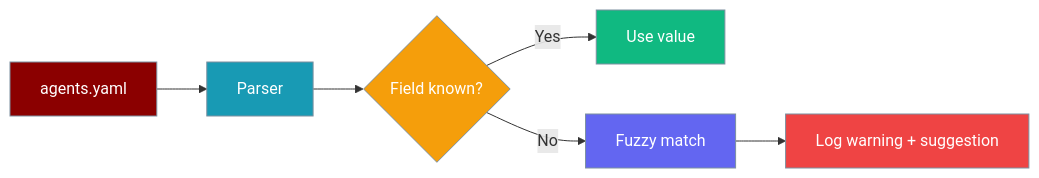
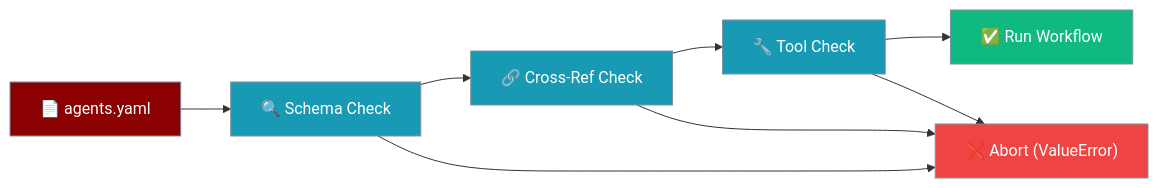
The second of 4 diagrams in docs/features/yaml-configuration-reference.mdx (MervinPraison/PraisonAIDocs), drawn with Mermaid before and after one commit. The commit also changed other lines of this file and 3 other files, not shown here.

````diff
--- a/docs/features/yaml-configuration-reference.mdx
+++ b/docs/features/yaml-configuration-reference.mdx
@@ -127,15 +131,17 @@
 ```mermaid
 graph LR
-    Y[agents.yaml] --> P[Parser]
-    P --> V{Field known?}
-    V -->|Yes| OK[Use value]
-    V -->|No| F[Fuzzy match]
-    F --> W[Log warning + suggestion]
-    
+    Y["📄 agents.yaml"] --> S["🔍 Schema Check"]
+    S --> X["🔗 Cross-Ref Check"]
+    X --> T["🔧 Tool Check"]
+    T --> OK["✅ Run Workflow"]
+    S --> ERR["❌ Abort (ValueError)"]
+    X --> ERR
+    T --> ERR
+
     style Y fill:#8B0000,stroke:#7C90A0,color:#fff
-    style P fill:#189AB4,stroke:#7C90A0,color:#fff
-    style V fill:#F59E0B,stroke:#7C90A0,color:#fff
+    style S fill:#189AB4,stroke:#7C90A0,color:#fff
+    style X fill:#189AB4,stroke:#7C90A0,color:#fff
+    style T fill:#189AB4,stroke:#7C90A0,color:#fff
     style OK fill:#10B981,stroke:#7C90A0,color:#fff
-    style F fill:#6366F1,stroke:#7C90A0,color:#fff
-    style W fill:#EF4444,stroke:#7C90A0,color:#fff
+    style ERR fill:#EF4444,stroke:#7C90A0,color:#fff
 ```
````
